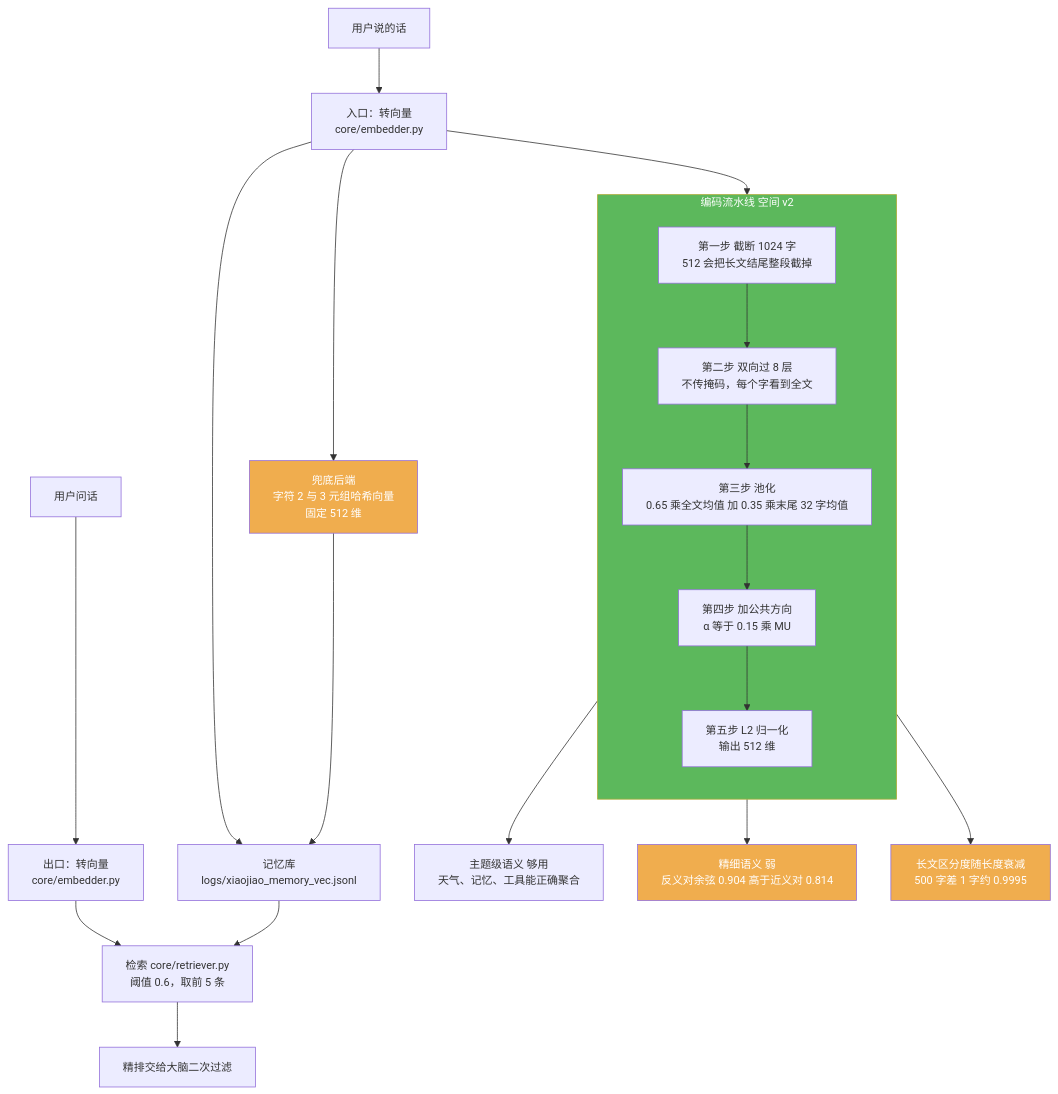
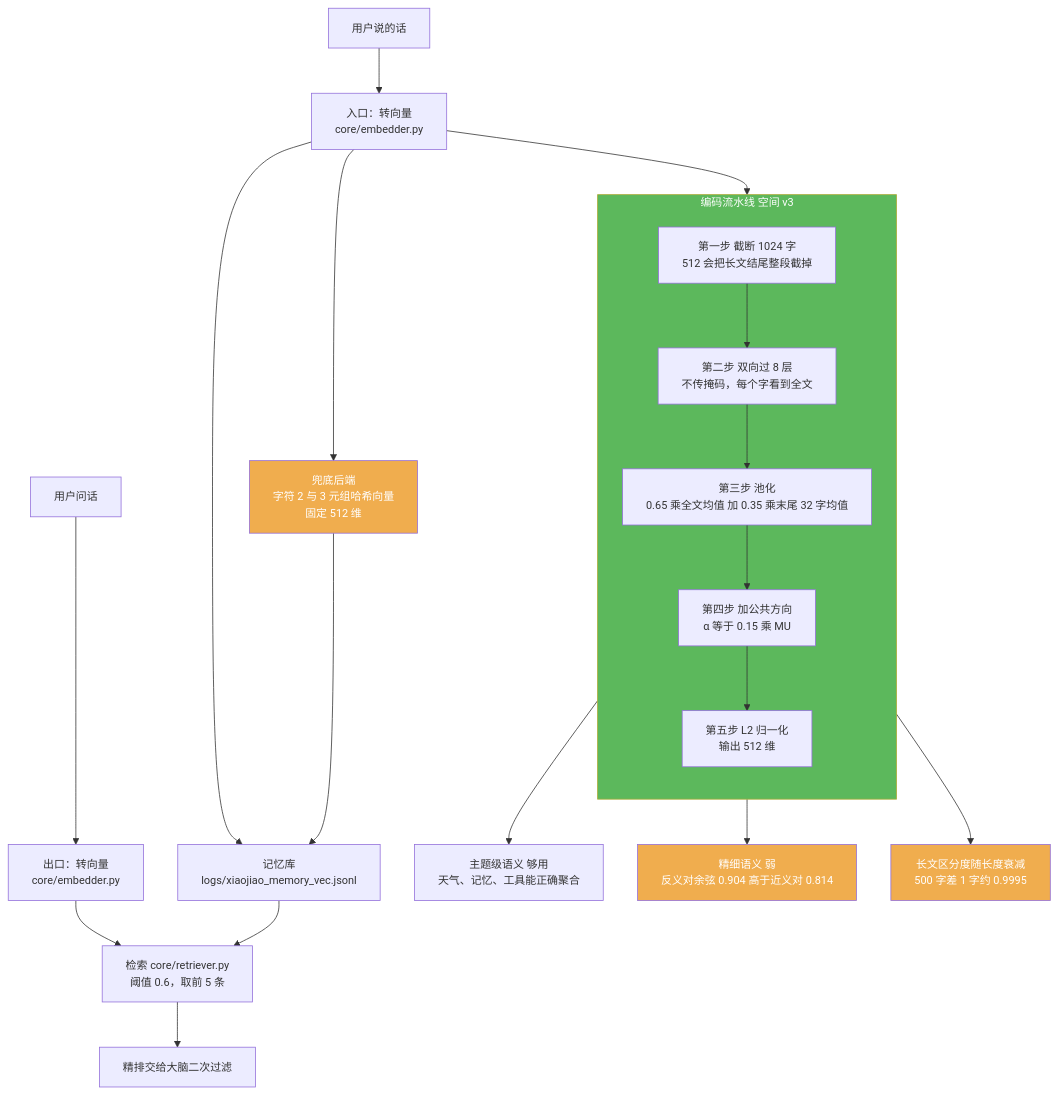
One commit to jiangchuangege/xiaojiao-harnees changed the seventh of 10 diagrams in docs/modules/11-post-chapters.md. Above: the diagram before and after it, drawn with Mermaid. The commit also changed other lines of this file and 7 other files, not shown here.

````diff
--- a/docs/modules/11-post-chapters.md
+++ b/docs/modules/11-post-chapters.md
@@ -1126,36 +1126,36 @@
 ```mermaid
 %%{init: {"themeVariables": {"fontSize": "14px"}, "flowchart": {"htmlLabels": true, "wrappingWidth": 340, "nodeSpacing": 44, "rankSpacing": 58, "useMaxWidth": true}}}%%
 flowchart TB
     IN["用户说的话"] --> E1["入口：转向量<br/>core/embedder.py"]
     Q["用户问话"] --> E2["出口：转向量<br/>core/embedder.py"]
     E1 --> STORE["记忆库<br/>logs/xiaojiao_memory_vec.jsonl"]
     E2 --> RET["检索 core/retriever.py<br/>阈值 0.6，取前 5 条"]
     STORE --> RET
     RET --> BRAIN["精排交给大脑二次过滤"]
 
     E1 --> PIPE
-    subgraph PIPE["编码流水线 空间 v2"]
+    subgraph PIPE["编码流水线 空间 v3"]
         direction TB
         X1["第一步 截断 1024 字<br/>512 会把长文结尾整段截掉"]
         X2["第二步 双向过 8 层<br/>不传掩码，每个字看到全文"]
         X3["第三步 池化<br/>0.65 乘全文均值 加 0.35 乘末尾 32 字均值"]
         X4["第四步 加公共方向<br/>α 等于 0.15 乘 MU"]
         X5["第五步 L2 归一化<br/>输出 512 维"]
         X1 --> X2
         X2 --> X3
         X3 --> X4
         X4 --> X5
     end
 
     X5 --> B1["主题级语义 够用<br/>天气、记忆、工具能正确聚合"]
     X5 --> B2["精细语义 弱<br/>反义对余弦 0.904 高于近义对 0.814"]
     X5 --> B3["长文区分度随长度衰减<br/>500 字差 1 字约 0.9995"]
 
     E1 --> FB["兜底后端<br/>字符 2 与 3 元组哈希向量<br/>固定 512 维"]
     FB --> STORE
 
     style PIPE fill:#5cb85c,color:#fff
     style B2 fill:#f0ad4e,color:#fff
     style B3 fill:#f0ad4e,color:#fff
     style FB fill:#f0ad4e,color:#fff
 ```
````
